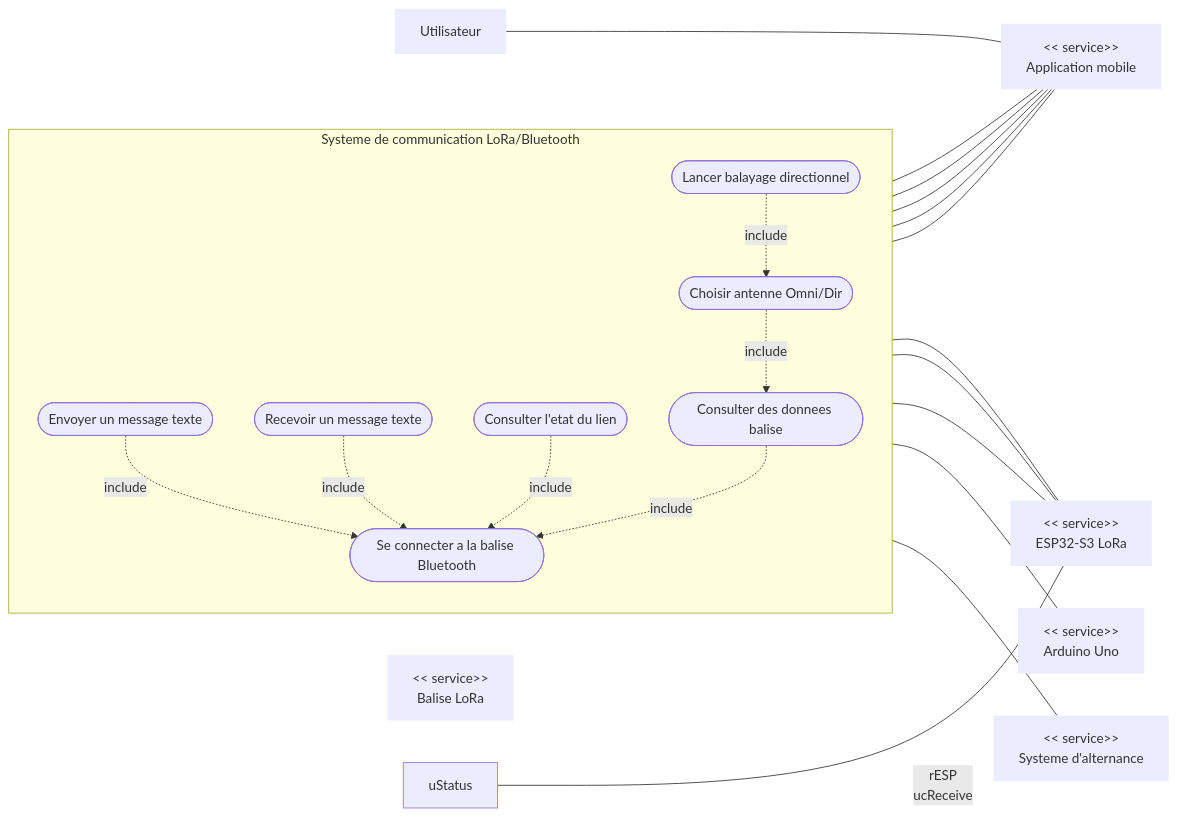
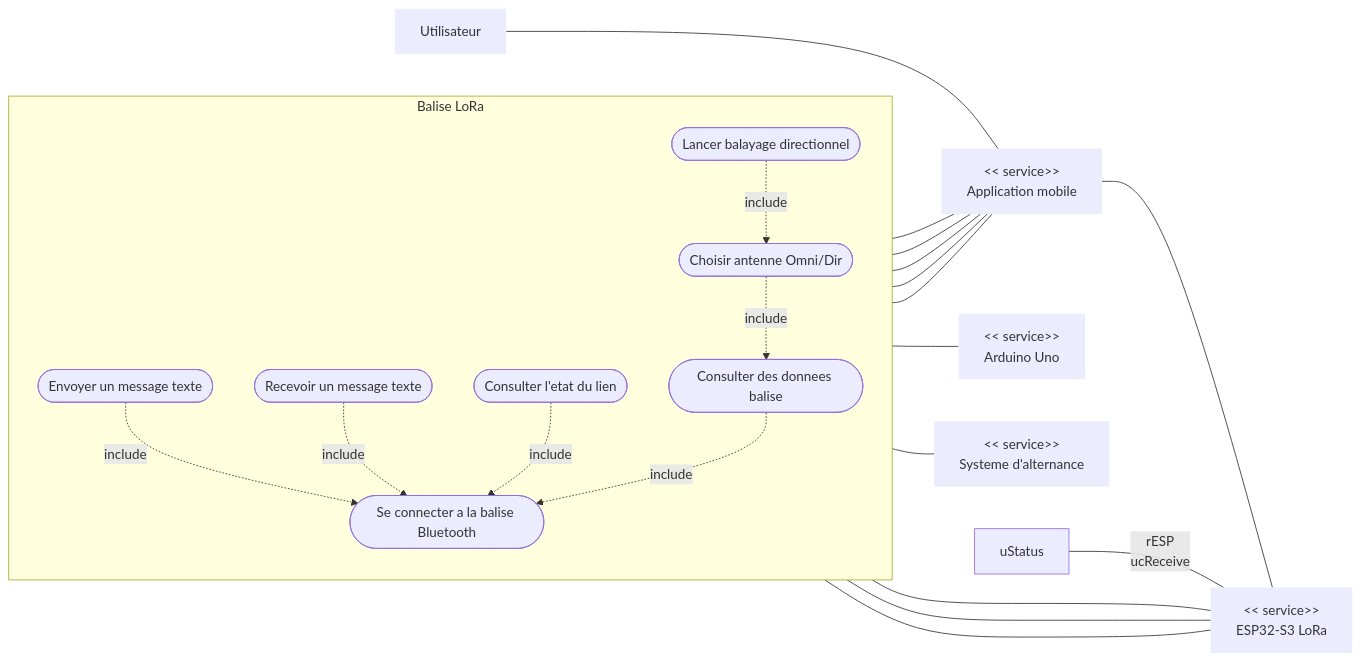
Before and after one commit to SHU445/Projet-LoRa-72h: the first of 6 diagrams in Diagrammes_SysML_Projet_LoRa.md, drawn with Mermaid.

Commit message:
"USE_case_Modif_Comp"

````diff
--- a/Diagrammes_SysML_Projet_LoRa.md
+++ b/Diagrammes_SysML_Projet_LoRa.md
@@ -12,51 +12,52 @@
 ```mermaid
 flowchart LR
   rU["Utilisateur"]:::role
   rAPP["<< service>>\nApplication mobile"]:::role
-  rBAL["<< service>>\nBalise LoRa"]:::role
+
   rESP["<< service>>\nESP32-S3 LoRa"]:::role
   rARD["<< service>>\nArduino Uno"]:::role
   rALT["<< service>>\nSysteme d'alternance"]:::role
 
-  subgraph S["Systeme de communication LoRa/Bluetooth"]
+  subgraph S["Balise LoRa"]
     direction TB
     ucConnect([Se connecter a la balise Bluetooth])
     ucSend([Envoyer un message texte])
     ucReceive([Recevoir un message texte])
     ucStatus([Consulter l'etat du lien])
     ucData([Consulter des donnees balise])
     ucSelectAntenna([Choisir antenne Omni/Dir])
     ucScan([Lancer balayage directionnel])
 
     ucSend -. include .-> ucConnect
     ucReceive -. include .-> ucConnect
     ucStatus -. include .-> ucConnect
     ucData -. include .-> ucConnect
     ucSelectAntenna -. include .-> ucData
     ucScan -. include .-> ucSelectAntenna
   end
 
   rU --- rAPP
+  rAPP --- rESP
 
   ucConnect --- rAPP
   ucSend --- rAPP
   ucReceive --- rAPP
   ucStatus --- rAPP
   ucData --- rAPP
 
 
 
 
 
   ucSend --- rESP
   uStatus --rESP
   ucReceive --- rESP
   ucData --- rESP
   ucSelectAntenna --- rESP
 
 
   ucScan --- rARD
   ucSelectAntenna --- rALT
 
   classDef role stroke-width:0px;
 ```
````
